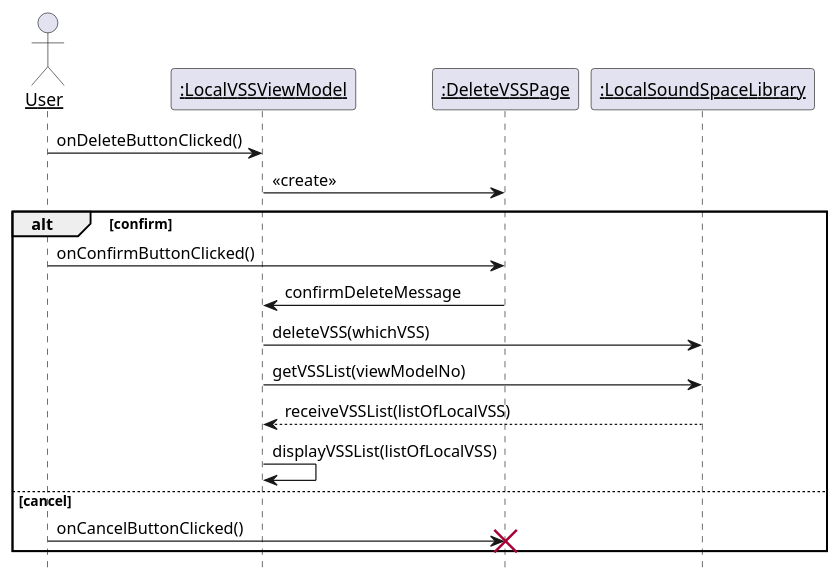
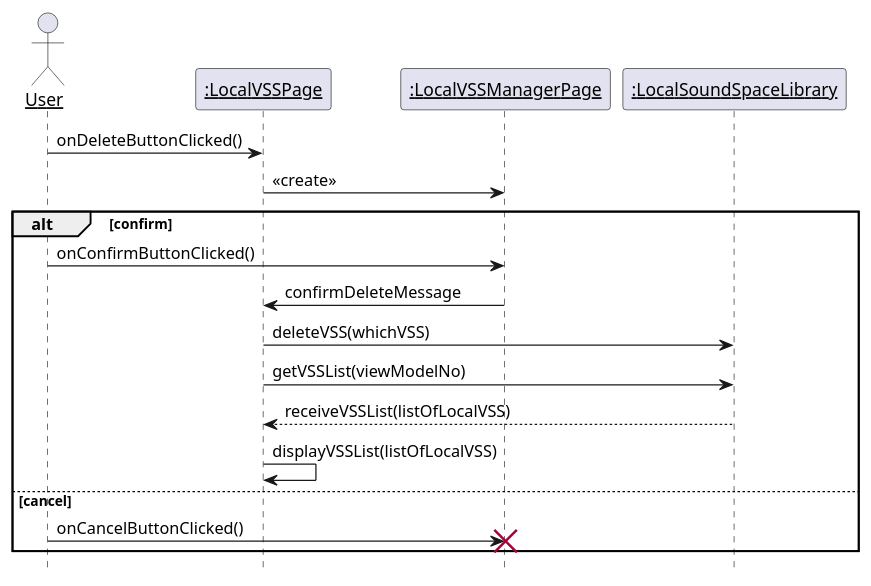
Diagram 15 of 39 in 设计/顺序图.md (kpp19920121/doc), drawn with PlantUML before and after one commit. The commit also changed other lines of this file and 1 other file, not shown here.

Commit message:
改进顺序图与类图一致

````diff
--- a/设计/顺序图.md
+++ b/设计/顺序图.md
@@ -553,26 +548,26 @@
 ```PlantUML
 @startuml Diagrams/DeleteVSS
 hide footbox
 skinparam sequenceParticipant underline
 
 actor User as user
-participant ":LocalVSSViewModel" as viewModel
-participant ":DeleteVSSPage" as page
+participant ":LocalVSSPage" as viewModel
+participant ":LocalVSSManagerPage" as page
 participant ":LocalSoundSpaceLibrary" as library
 
 user -> viewModel: onDeleteButtonClicked()
 viewModel -> page: <<create>>
 alt confirm
     user -> page: onConfirmButtonClicked()
     page -> viewModel: confirmDeleteMessage
     viewModel -> library: deleteVSS(whichVSS)
     viewModel -> library: getVSSList(viewModelNo)
     library --> viewModel: receiveVSSList(listOfLocalVSS)
     viewModel -> viewModel: displayVSSList(listOfLocalVSS)
 else cancel
     user -> page: onCancelButtonClicked()
     destroy page
 end
 
 @enduml
 ```
````
